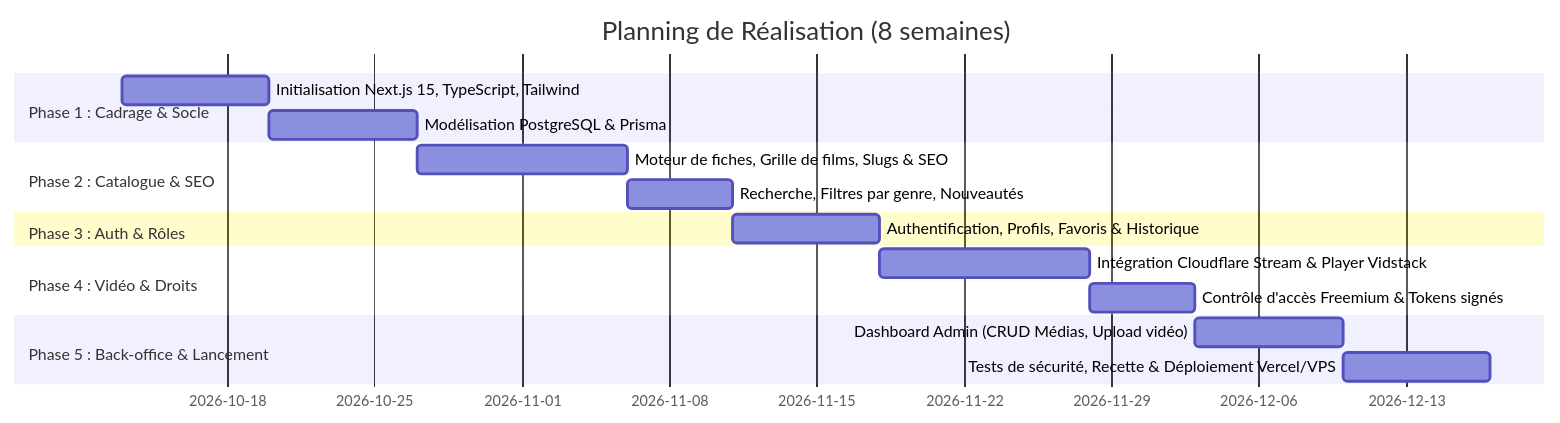
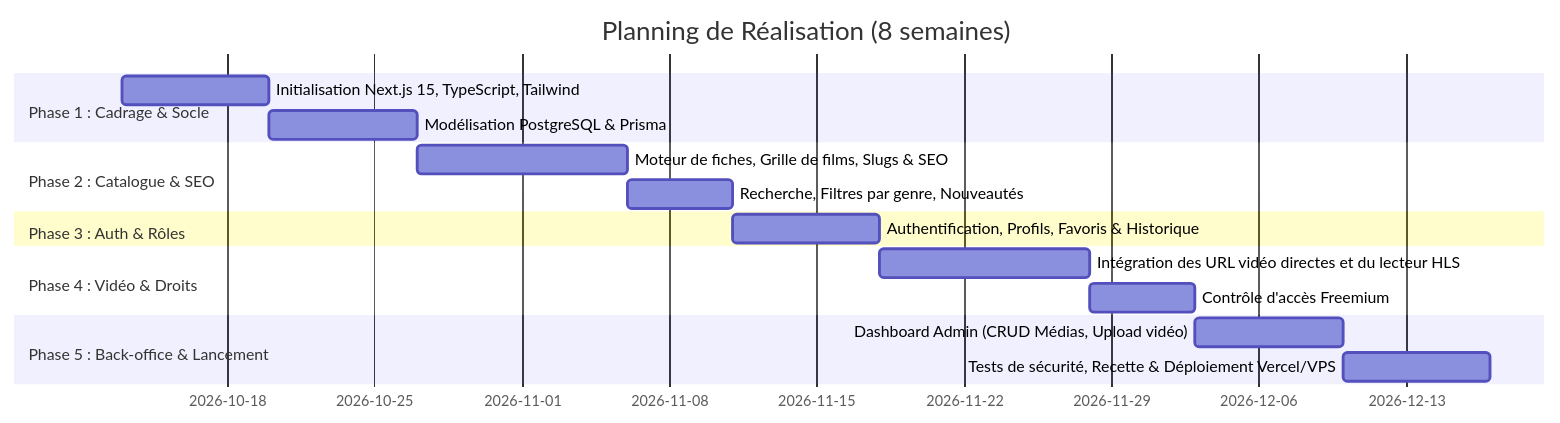
Before and after one commit to tassiroukondjira0/Web_Stream: the fourth of 4 diagrams in SPECIFICATION_TECHNIQUE.md, drawn with Mermaid. The commit also changed other lines of this file and 20 other files, not shown here.

````diff
--- a/SPECIFICATION_TECHNIQUE.md
+++ b/SPECIFICATION_TECHNIQUE.md
@@ -249,19 +249,19 @@
 ```mermaid
 gantt
     title Planning de Réalisation (8 semaines)
     dateFormat  YYYY-MM-DD
     section Phase 1 : Cadrage & Socle
     Initialisation Next.js 15, TypeScript, Tailwind       :a1, 2026-10-13, 7d
     Modélisation PostgreSQL & Prisma                      :a2, after a1, 7d
     section Phase 2 : Catalogue & SEO
     Moteur de fiches, Grille de films, Slugs & SEO       :b1, after a2, 10d
     Recherche, Filtres par genre, Nouveautés             :b2, after b1, 5d
     section Phase 3 : Auth & Rôles
     Authentification, Profils, Favoris & Historique       :c1, after b2, 7d
     section Phase 4 : Vidéo & Droits
-    Intégration Cloudflare Stream & Player Vidstack       :d1, after c1, 10d
-    Contrôle d'accès Freemium & Tokens signés             :d2, after d1, 5d
+    Intégration des URL vidéo directes et du lecteur HLS  :d1, after c1, 10d
+    Contrôle d'accès Freemium                             :d2, after d1, 5d
     section Phase 5 : Back-office & Lancement
     Dashboard Admin (CRUD Médias, Upload vidéo)          :e1, after d2, 7d
     Tests de sécurité, Recette & Déploiement Vercel/VPS   :e2, after e1, 7d
 ```
````
